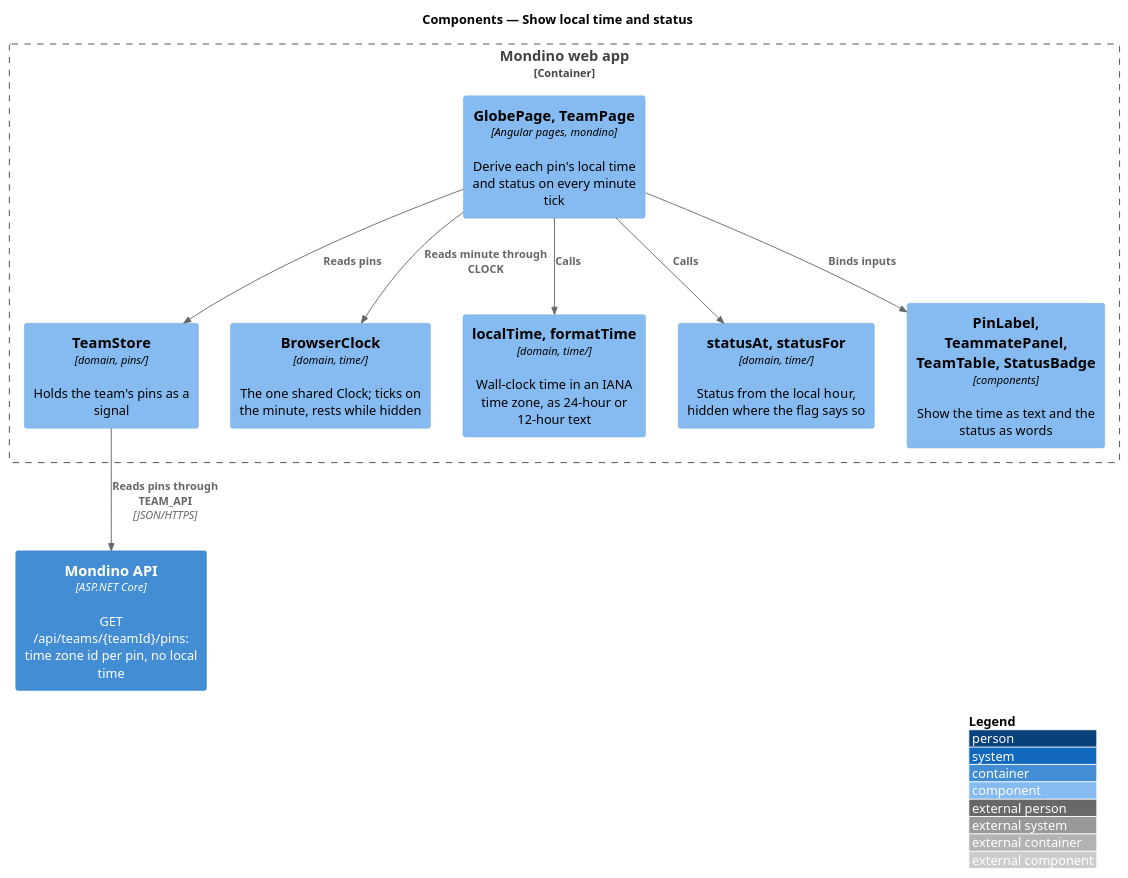
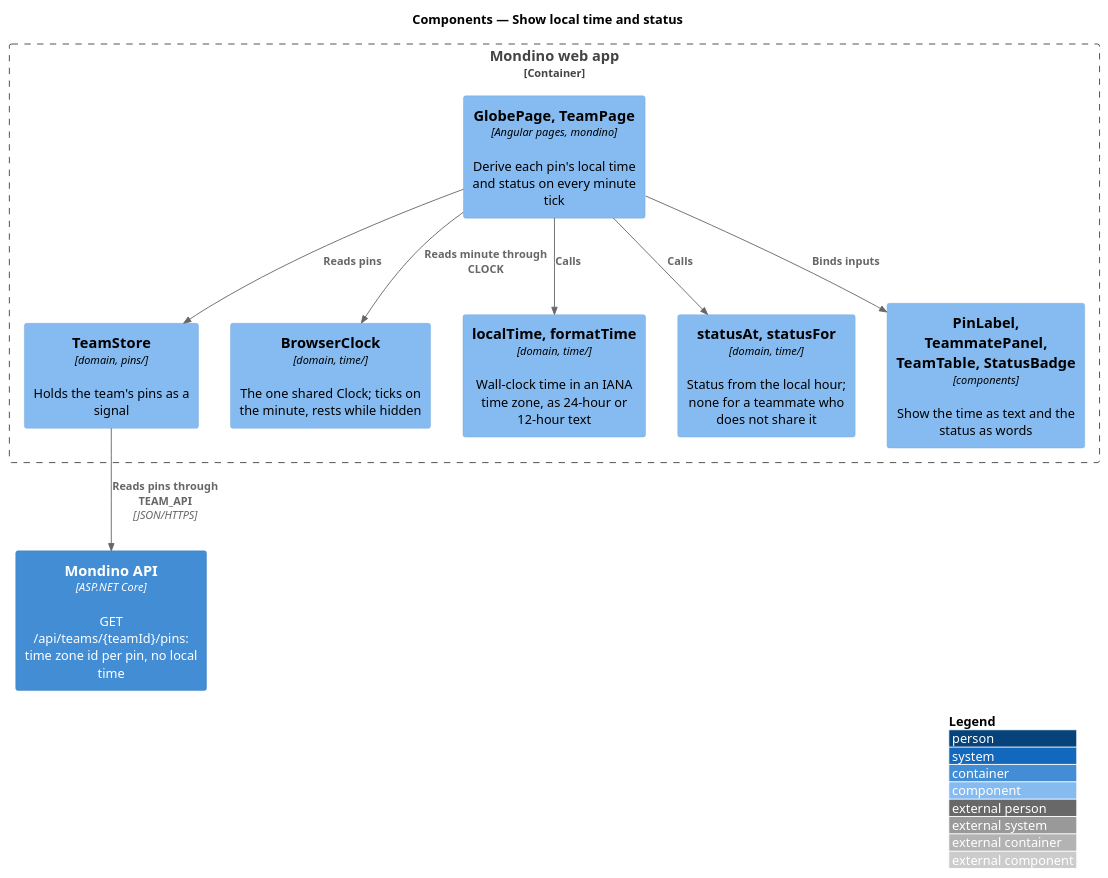
One commit to QuinntyneBrown/Mondino changed the diagram in docs/detailed-designs/time/show-local-time-and-status/diagrams/c4-component.puml. Above: the diagram before and after it, drawn with PlantUML. The commit also changed 91 other files, not shown here.

```diff
--- a/docs/detailed-designs/time/show-local-time-and-status/diagrams/c4-component.puml
+++ b/docs/detailed-designs/time/show-local-time-and-status/diagrams/c4-component.puml
@@ -1,23 +1,23 @@
 @startuml
 !include <C4/C4_Component>
 LAYOUT_WITH_LEGEND()
 title Components — Show local time and status
 
 
 Container(api, "Mondino API", "ASP.NET Core", "GET /api/teams/{teamId}/pins: time zone id per pin, no local time")
 
 Container_Boundary(web, "Mondino web app") {
   Component(page, "GlobePage, TeamPage", "Angular pages, mondino", "Derive each pin's local time and status on every minute tick")
   Component(store, "TeamStore", "domain, pins/", "Holds the team's pins as a signal")
   Component(clock, "BrowserClock", "domain, time/", "The one shared Clock; ticks on the minute, rests while hidden")
   Component(local, "localTime, formatTime", "domain, time/", "Wall-clock time in an IANA time zone, as 24-hour or 12-hour text")
-  Component(status, "statusAt, statusFor", "domain, time/", "Status from the local hour, hidden where the flag says so")
+  Component(status, "statusAt, statusFor", "domain, time/", "Status from the local hour; none for a teammate who does not share it")
   Component(views, "PinLabel, TeammatePanel, TeamTable, StatusBadge", "components", "Show the time as text and the status as words")
 }
 Rel(store, api, "Reads pins through TEAM_API", "JSON/HTTPS")
 Rel(page, store, "Reads pins")
 Rel(page, clock, "Reads minute through CLOCK")
 Rel(page, local, "Calls")
 Rel(page, status, "Calls")
 Rel(page, views, "Binds inputs")
 @enduml
```
